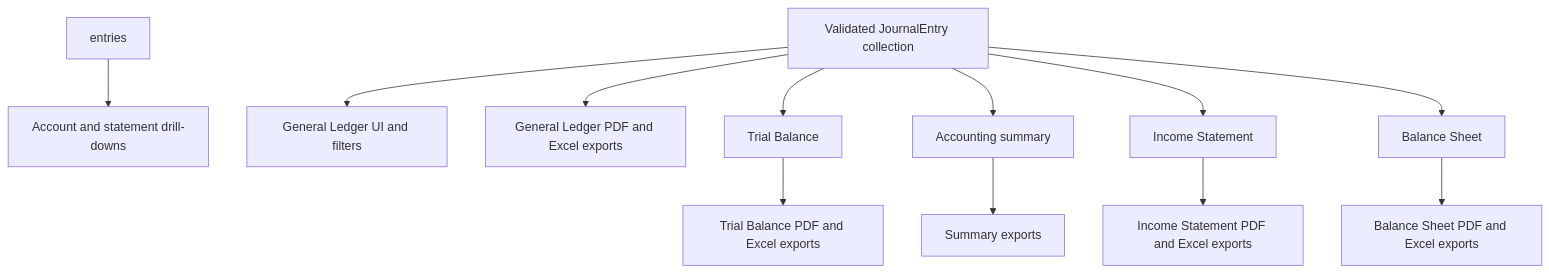
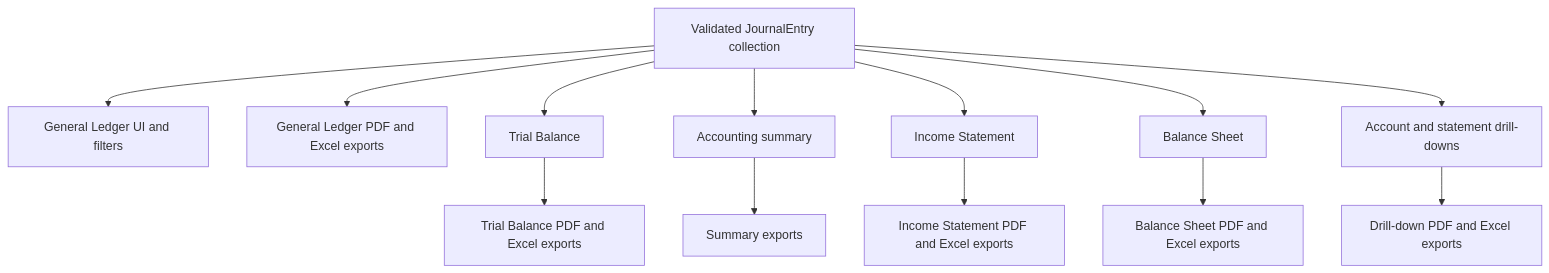
One commit to globe-and-citizen/cnc-portal changed the fifth of 5 diagrams in docs/implementation/accounting-read-model/README.md. Above: the diagram before and after it, drawn with Mermaid. The commit also changed other lines of this file and 1 other file, not shown here.

Commit message:
docs: 📝 document JournalEntry drill-down projections

````diff
--- a/docs/implementation/accounting-read-model/README.md
+++ b/docs/implementation/accounting-read-model/README.md
@@ -188,14 +188,15 @@
 ```mermaid
 flowchart TB
-    entries --> drilldowns[Account and statement drill-downs]
     journal[Validated JournalEntry collection] --> ledgerUI[General Ledger UI and filters]
     journal --> ledgerExports[General Ledger PDF and Excel exports]
     journal --> trial[Trial Balance]
     trial --> trialExports[Trial Balance PDF and Excel exports]
     journal --> summary[Accounting summary]
     journal --> income[Income Statement]
     journal --> balance[Balance Sheet]
+    journal --> drilldowns[Account and statement drill-downs]
     summary --> summaryExports[Summary exports]
     income --> incomeExports[Income Statement PDF and Excel exports]
     balance --> balanceExports[Balance Sheet PDF and Excel exports]
+    drilldowns --> drilldownExports[Drill-down PDF and Excel exports]
 ```
````
